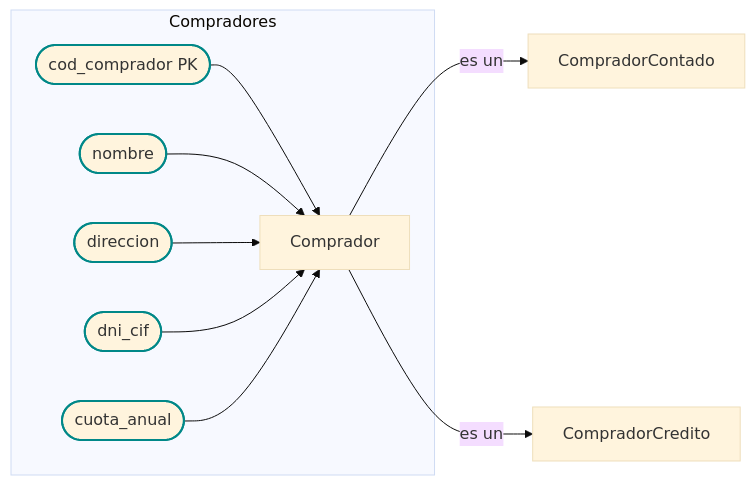
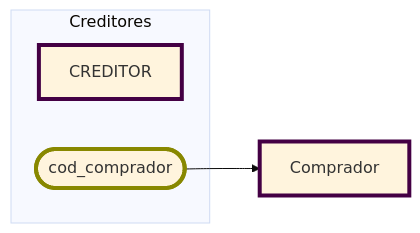
One commit to JulTob/Data changed the sixth of 9 diagrams in DataBases/lonja_DB.md. Above: the diagram before and after it, drawn with Mermaid (base theme). The commit also changed other lines of this file, not shown here.

````diff
--- a/DataBases/lonja_DB.md
+++ b/DataBases/lonja_DB.md
@@ -306,19 +199,19 @@
 ```mermaid
 flowchart LR
   classDef atributo stroke:#088,stroke-width:2px;
+  classDef derivado stroke-width:3px, stroke-dasharray:3 3;
   classDef pk stroke:#800,stroke-width:4px;
+  classDef fk stroke:#080,stroke-width:4px;
   classDef entidad stroke:#404,stroke-width:4px;
+  classDef pkfk stroke:#880,stroke-width:4px;
 
-  %% Atributos COMPRADOR
-  subgraph Compradores
-  cod_comprador([cod_comprador PK]):::atributo --> Comprador
-  nombre_compr([nombre]):::atributo --> Comprador
-  direccion_compr([direccion]):::atributo --> Comprador
-  dni_cif([dni_cif]):::atributo --> Comprador
-  cuota_anual([cuota_anual]):::atributo --> Comprador
-  end
+  %% Atributos CREDITOR
+  subgraph Creditores
+    Creditor[CREDITOR]:::entidad
+    cod_comprador([cod_comprador]):::pkfk 
+    end
 
-  Comprador -->|es un| CompradorContado
-  Comprador -->|es un| CompradorCredito
+  cod_comprador--> Comprador
+  Comprador:::entidad
 
 ```
````
